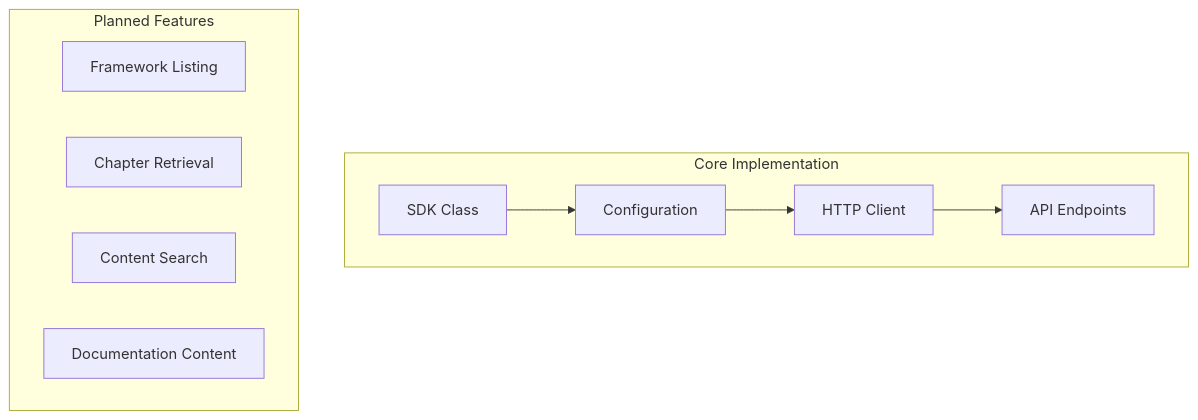
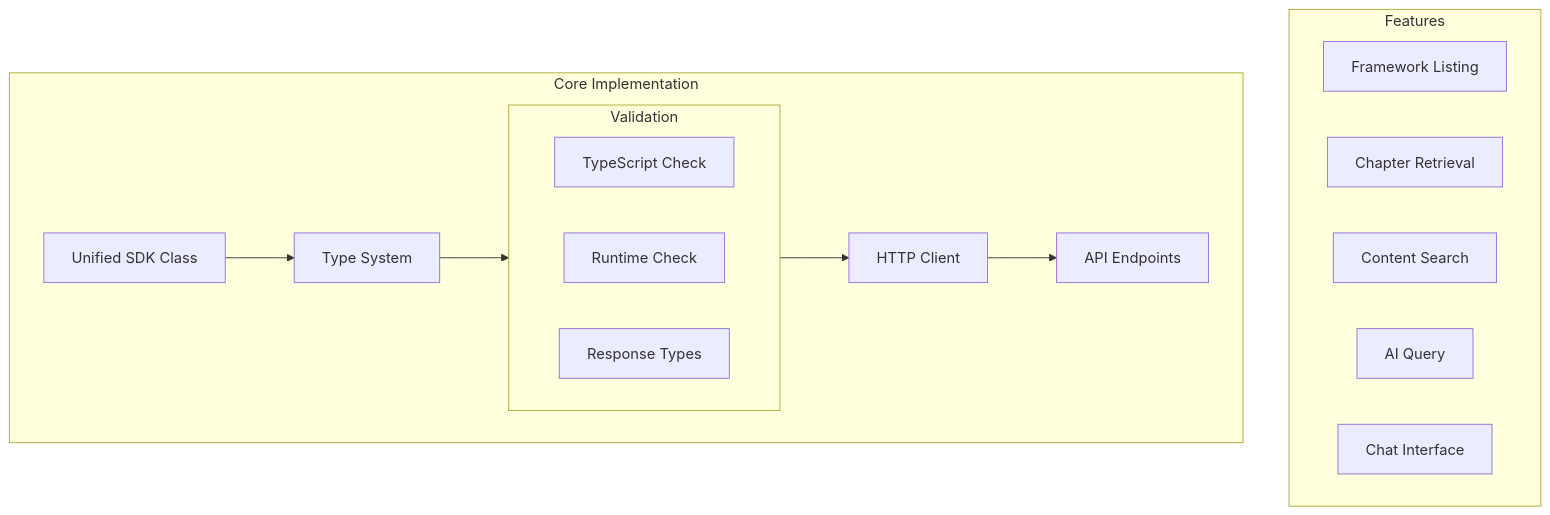
The diagram in memory-bank/activeContext.md (GenWaveLLC/docs4ai-sdk), drawn with Mermaid before and after one commit. The commit also changed other lines of this file and 15 other files, not shown here.

First line of the commit message:
refactor: unify implementation and enhance type system

````diff
--- a/memory-bank/activeContext.md
+++ b/memory-bank/activeContext.md
@@ -16,16 +29,24 @@
 ```mermaid
 flowchart TD
     subgraph Core Implementation
         direction LR
-        SDK[SDK Class] --> Config[Configuration]
-        Config --> Client[HTTP Client]
+        SDK[Unified SDK Class] --> Types[Type System]
+        Types --> Validation[Runtime Validation]
+        Validation --> Client[HTTP Client]
         Client --> Endpoints[API Endpoints]
     end
 
-    subgraph Features [Planned Features]
+    subgraph Features
         F1[Framework Listing]
         F2[Chapter Retrieval]
         F3[Content Search]
-        F4[Documentation Content]
+        F4[AI Query]
+        F5[Chat Interface]
+    end
+
+    subgraph Validation
+        V1[TypeScript Check]
+        V2[Runtime Check]
+        V3[Response Types]
     end
 ```
````
